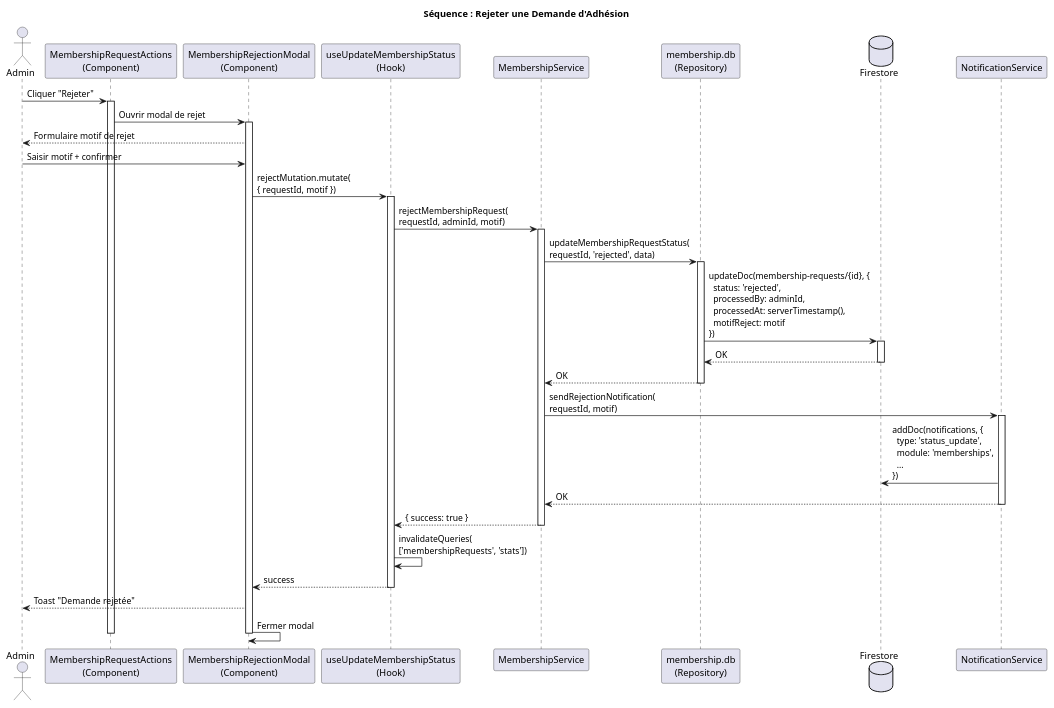
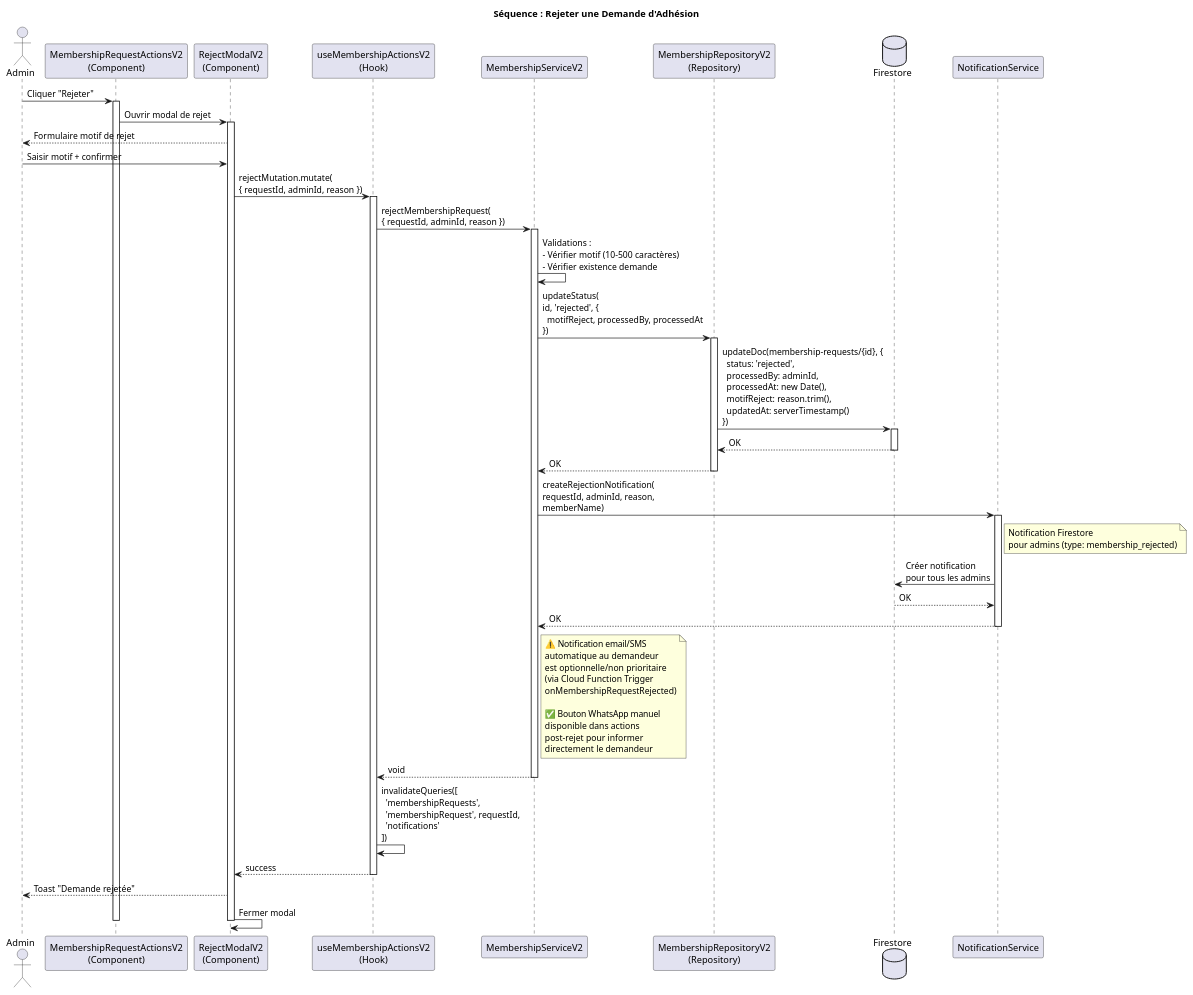
One commit to GlennEriss/kara-client-front changed the diagram in documentation/membership-requests/rejet/sequence/SEQ_Rejeter.puml. Above: the diagram before and after it, drawn with PlantUML. The commit also changed 57 other files, not shown here.

First line of the commit message:
feat: implement membership request rejection workflow

```diff
--- a/documentation/membership-requests/rejet/sequence/SEQ_Rejeter.puml
+++ b/documentation/membership-requests/rejet/sequence/SEQ_Rejeter.puml
@@ -1,60 +1,65 @@
 @startuml SEQ_Rejeter
 title Séquence : Rejeter une Demande d'Adhésion
 
 actor "Admin" as Admin
-participant "MembershipRequestActions\n(Component)" as Actions
-participant "MembershipRejectionModal\n(Component)" as Modal
-participant "useUpdateMembershipStatus\n(Hook)" as Hook
-participant "MembershipService" as Service
-participant "membership.db\n(Repository)" as DB
+participant "MembershipRequestActionsV2\n(Component)" as Actions
+participant "RejectModalV2\n(Component)" as Modal
+participant "useMembershipActionsV2\n(Hook)" as Hook
+participant "MembershipServiceV2" as Service
+participant "MembershipRepositoryV2\n(Repository)" as Repository
 database "Firestore" as Firestore
 participant "NotificationService" as Notif
 
 Admin -> Actions: Cliquer "Rejeter"
 activate Actions
 
 Actions -> Modal: Ouvrir modal de rejet
 activate Modal
 
 Modal --> Admin: Formulaire motif de rejet
 
 Admin -> Modal: Saisir motif + confirmer
 
-Modal -> Hook: rejectMutation.mutate(\n{ requestId, motif })
+Modal -> Hook: rejectMutation.mutate(\n{ requestId, adminId, reason })
 activate Hook
 
-Hook -> Service: rejectMembershipRequest(\nrequestId, adminId, motif)
+Hook -> Service: rejectMembershipRequest(\n{ requestId, adminId, reason })
 activate Service
 
-Service -> DB: updateMembershipRequestStatus(\nrequestId, 'rejected', data)
-activate DB
+Service -> Service: Validations :\n- Vérifier motif (10-500 caractères)\n- Vérifier existence demande
 
-DB -> Firestore: updateDoc(membership-requests/{id}, {\n  status: 'rejected',\n  processedBy: adminId,\n  processedAt: serverTimestamp(),\n  motifReject: motif\n})
+Service -> Repository: updateStatus(\nid, 'rejected', {\n  motifReject, processedBy, processedAt\n})
+activate Repository
+
+Repository -> Firestore: updateDoc(membership-requests/{id}, {\n  status: 'rejected',\n  processedBy: adminId,\n  processedAt: new Date(),\n  motifReject: reason.trim(),\n  updatedAt: serverTimestamp()\n})
 activate Firestore
-Firestore --> DB: OK
+Firestore --> Repository: OK
 deactivate Firestore
 
-DB --> Service: OK
-deactivate DB
+Repository --> Service: OK
+deactivate Repository
 
-Service -> Notif: sendRejectionNotification(\nrequestId, motif)
+Service -> Notif: createRejectionNotification(\nrequestId, adminId, reason,\nmemberName)
 activate Notif
-Notif -> Firestore: addDoc(notifications, {\n  type: 'status_update',\n  module: 'memberships',\n  ...\n})
+Note right of Notif: Notification Firestore\npour admins (type: membership_rejected)
+Notif -> Firestore: Créer notification\npour tous les admins
+Firestore --> Notif: OK
 Notif --> Service: OK
 deactivate Notif
 
-Service --> Hook: { success: true }
+Note right of Service: ⚠️ Notification email/SMS\nautomatique au demandeur\nest optionnelle/non prioritaire\n(via Cloud Function Trigger\nonMembershipRequestRejected)\n\n✅ Bouton WhatsApp manuel\ndisponible dans actions\npost-rejet pour informer\ndirectement le demandeur
+Service --> Hook: void
 deactivate Service
 
-Hook -> Hook: invalidateQueries(\n['membershipRequests', 'stats'])
+Hook -> Hook: invalidateQueries([\n  'membershipRequests',\n  'membershipRequest', requestId,\n  'notifications'\n])
 
 Hook --> Modal: success
 deactivate Hook
 
 Modal --> Admin: Toast "Demande rejetée"
 Modal -> Modal: Fermer modal
 
 deactivate Modal
 deactivate Actions
 
 @enduml
```
